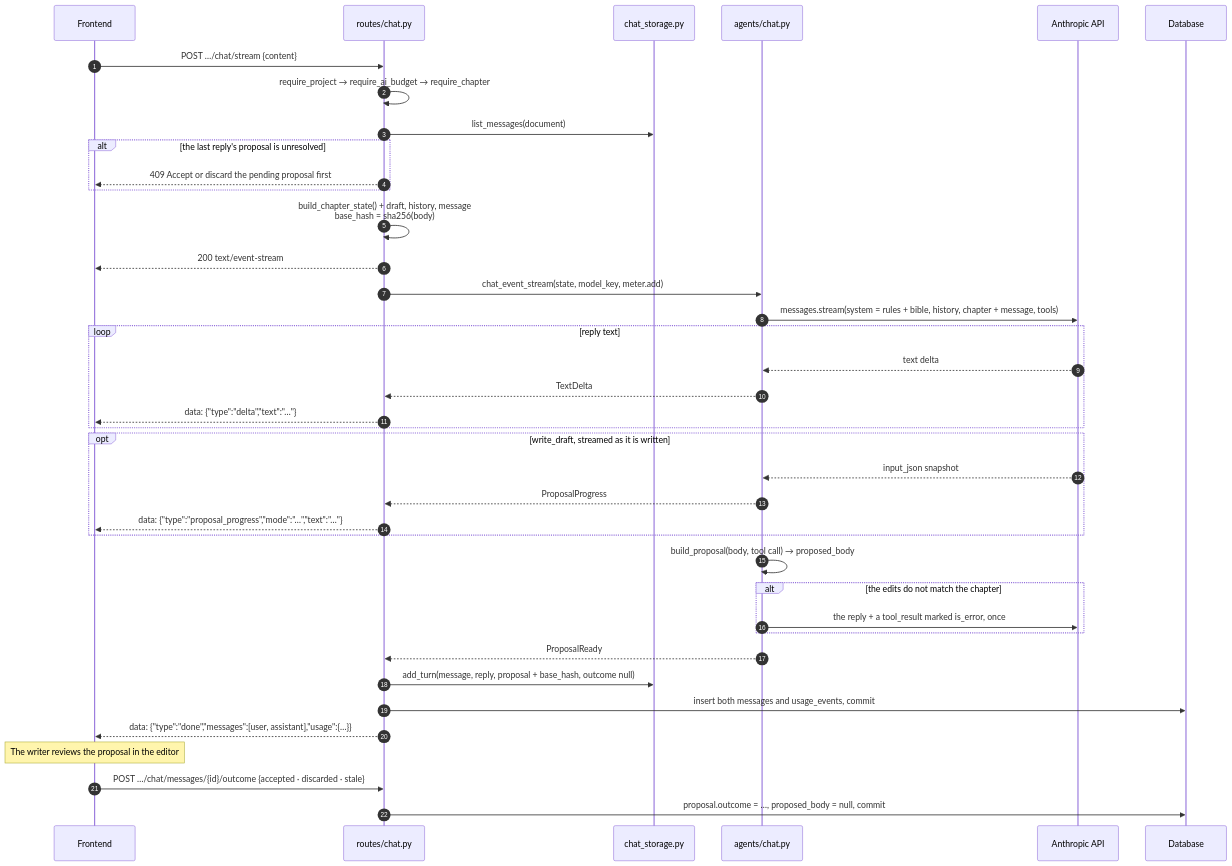
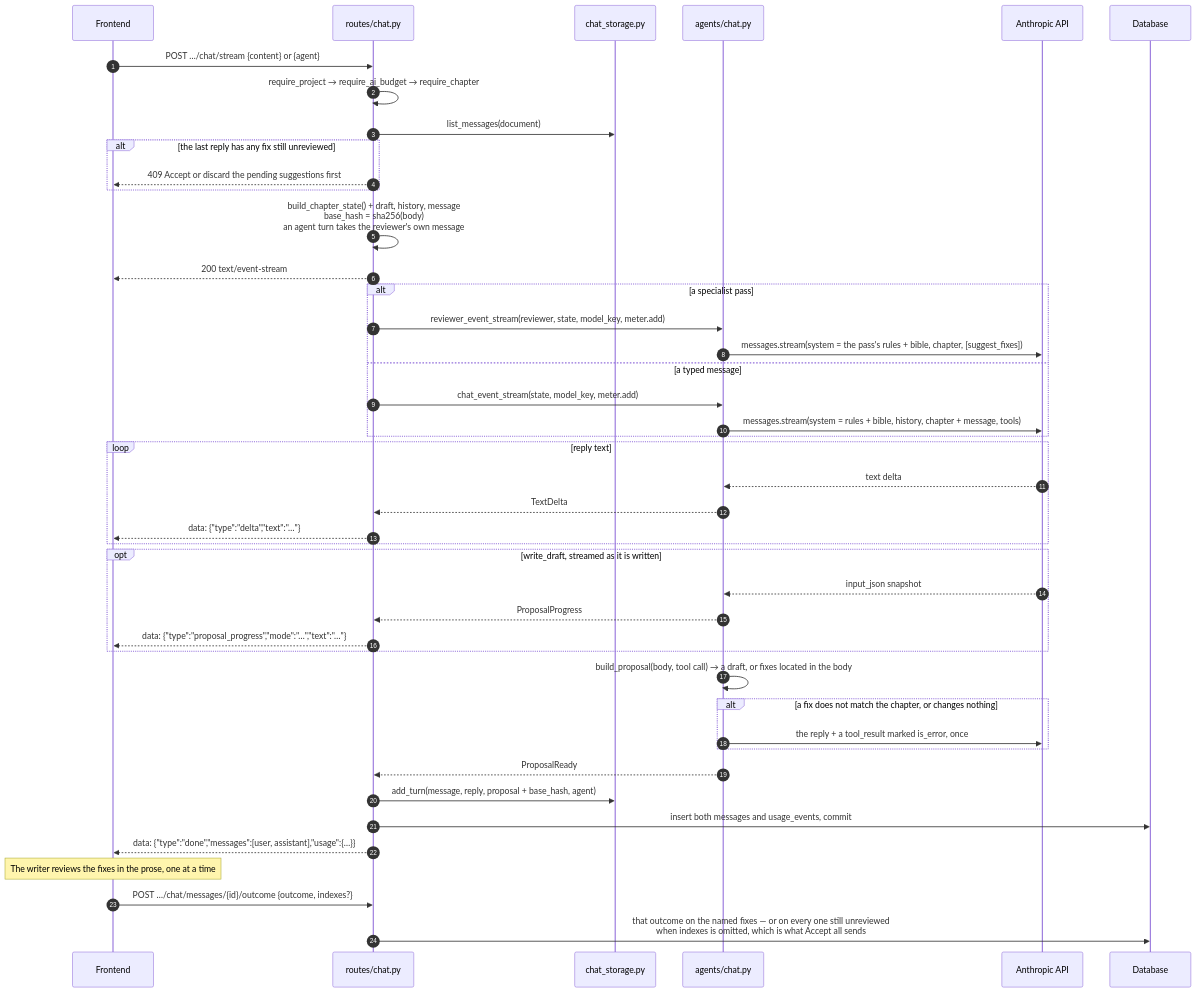
The second of 4 diagrams in docs/diagrams/03-backend-workflows.md (Akazz-L/maya), drawn with Mermaid before and after one commit. The commit also changed other lines of this file and 60 other files, not shown here.

Commit message:
feat: Review passes in the chat, with fixes accepted one at a time (#20)

````diff
--- a/docs/diagrams/03-backend-workflows.md
+++ b/docs/diagrams/03-backend-workflows.md
@@ -151,45 +93,50 @@
 ```mermaid
 sequenceDiagram
     autonumber
     participant UI as Frontend
     participant R as routes/chat.py
     participant CS as chat_storage.py
     participant A as agents/chat.py
     participant API as Anthropic API
     participant DB as Database
 
-    UI->>R: POST …/chat/stream {content}
+    UI->>R: POST …/chat/stream {content} or {agent}
     R->>R: require_project → require_ai_budget → require_chapter
     R->>CS: list_messages(document)
-    alt the last reply's proposal is unresolved
-        R-->>UI: 409 Accept or discard the pending proposal first
+    alt the last reply has any fix still unreviewed
+        R-->>UI: 409 Accept or discard the pending suggestions first
     end
-    R->>R: build_chapter_state() + draft, history, message<br/>base_hash = sha256(body)
+    R->>R: build_chapter_state() + draft, history, message<br/>base_hash = sha256(body)<br/>an agent turn takes the reviewer's own message
     R-->>UI: 200 text/event-stream
 
-    R->>A: chat_event_stream(state, model_key, meter.add)
-    A->>API: messages.stream(system = rules + bible, history, chapter + message, tools)
+    alt a specialist pass
+        R->>A: reviewer_event_stream(reviewer, state, model_key, meter.add)
+        A->>API: messages.stream(system = the pass's rules + bible, chapter, [suggest_fixes])
+    else a typed message
+        R->>A: chat_event_stream(state, model_key, meter.add)
+        A->>API: messages.stream(system = rules + bible, history, chapter + message, tools)
+    end
     loop reply text
         API-->>A: text delta
         A-->>R: TextDelta
         R-->>UI: data: {"type":"delta","text":"…"}
     end
     opt write_draft, streamed as it is written
         API-->>A: input_json snapshot
         A-->>R: ProposalProgress
         R-->>UI: data: {"type":"proposal_progress","mode":"…","text":"…"}
     end
-    A->>A: build_proposal(body, tool call) → proposed_body
-    alt the edits do not match the chapter
+    A->>A: build_proposal(body, tool call) → a draft, or fixes located in the body
+    alt a fix does not match the chapter, or changes nothing
         A->>API: the reply + a tool_result marked is_error, once
     end
     A-->>R: ProposalReady
 
-    R->>CS: add_turn(message, reply, proposal + base_hash, outcome null)
+    R->>CS: add_turn(message, reply, proposal + base_hash, agent)
     R->>DB: insert both messages and usage_events, commit
     R-->>UI: data: {"type":"done","messages":[user, assistant],"usage":{…}}
 
-    Note over UI: The writer reviews the proposal in the editor
-    UI->>R: POST …/chat/messages/{id}/outcome {accepted · discarded · stale}
-    R->>DB: proposal.outcome = …, proposed_body = null, commit
+    Note over UI: The writer reviews the fixes in the prose, one at a time
+    UI->>R: POST …/chat/messages/{id}/outcome {outcome, indexes?}
+    R->>DB: that outcome on the named fixes — or on every one still unreviewed<br/>when indexes is omitted, which is what Accept all sends
 ```
````
